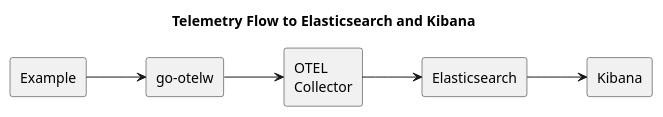
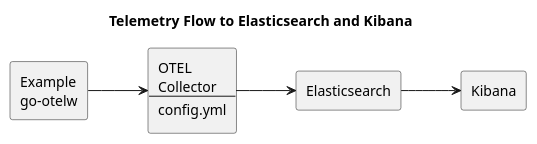
Before and after one commit to yolkhovyy/go-otelw: the diagram in docs/diagrams/elastic-kibana.puml, drawn with PlantUML. The commit also changed 28 other files, not shown here.

Commit message:
Update docs and diagrams

```diff
--- a/docs/diagrams/elastic-kibana.puml
+++ b/docs/diagrams/elastic-kibana.puml
@@ -1,16 +1,15 @@
 @startuml elastic-kibana
 title Telemetry Flow to Elasticsearch and Kibana
 left to right direction
 
-agent Example as EX
-agent "OTEL\nCollector" as OC
-agent "go-otelw" as OW
+agent "Example\ngo-otelw" as EX
+agent "OTEL\nCollector\n----\nconfig.yml" as OC
+
 agent Elasticsearch as ES
 agent Kibana
 
-EX --> OW
-OW --> OC
+EX --> OC
 OC --> ES
 ES --> Kibana
 
 @enduml
```
